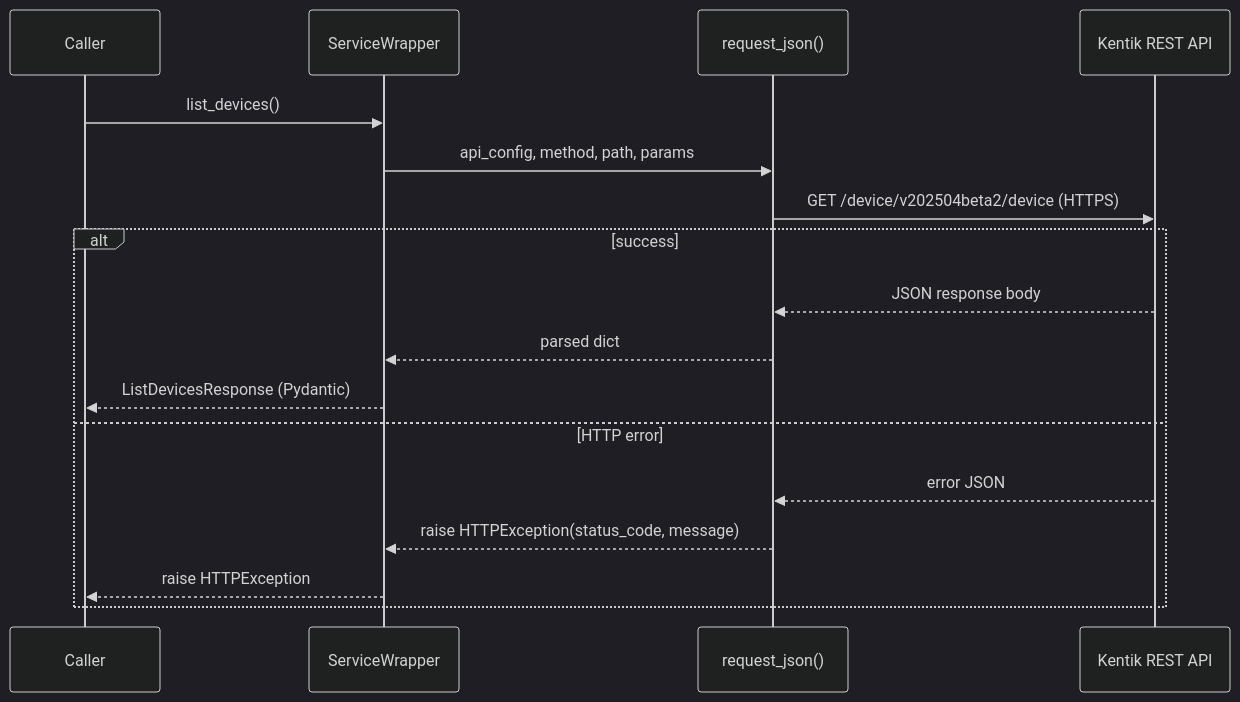
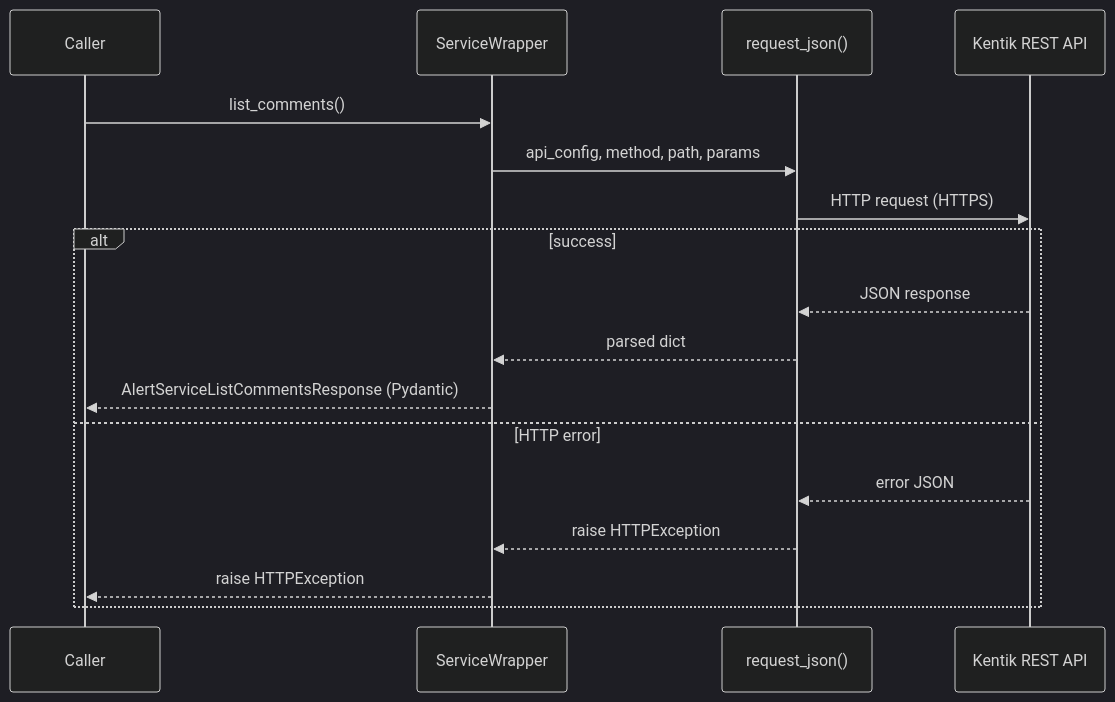
One commit to alexdearaujo/community_sdk_python changed the first of 2 diagrams in docs/guides/grpc.md. Above: the diagram before and after it, drawn with Mermaid (dark theme). The commit also changed other lines of this file and 10 other files, not shown here.

````diff
--- a/docs/guides/grpc.md
+++ b/docs/guides/grpc.md
@@ -29,20 +34,20 @@
 ```mermaid
 sequenceDiagram
     participant C as Caller
     participant W as ServiceWrapper
     participant RJ as request_json()
     participant API as Kentik REST API
 
-    C->>W: list_devices()
+    C->>W: list_comments()
     W->>RJ: api_config, method, path, params
-    RJ->>API: GET /device/v202504beta2/device (HTTPS)
+    RJ->>API: HTTP request (HTTPS)
     alt success
-        API-->>RJ: JSON response body
+        API-->>RJ: JSON response
         RJ-->>W: parsed dict
-        W-->>C: ListDevicesResponse (Pydantic)
+        W-->>C: AlertServiceListCommentsResponse (Pydantic)
     else HTTP error
         API-->>RJ: error JSON
-        RJ-->>W: raise HTTPException(status_code, message)
+        RJ-->>W: raise HTTPException
         W-->>C: raise HTTPException
     end
 ```
````
